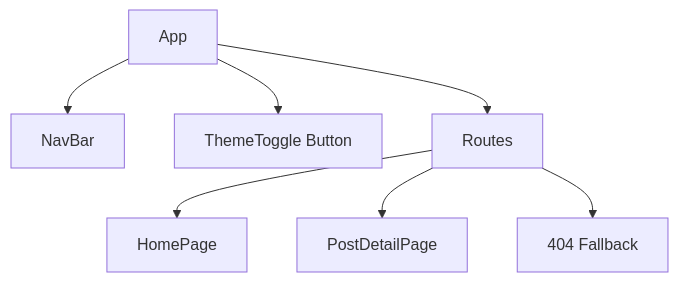
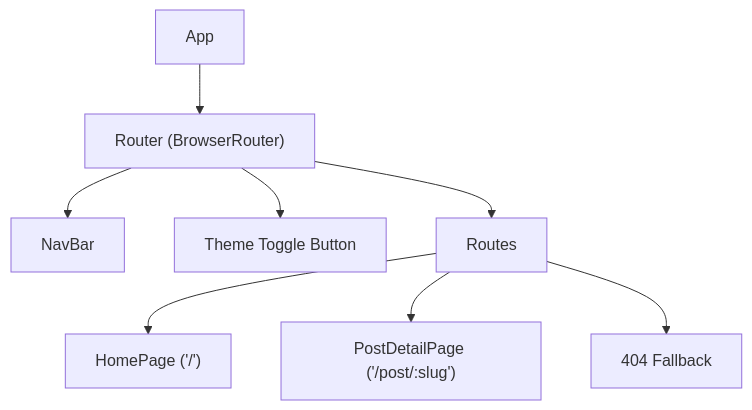
Before and after one commit to kavia-common/fashion-trends-blog-5800-5809: the diagram in frontend_react_blog/docs/component_architecture.md, drawn with Mermaid. The commit also changed other lines of this file and 4 other files, not shown here.

````diff
--- a/frontend_react_blog/docs/component_architecture.md
+++ b/frontend_react_blog/docs/component_architecture.md
@@ -49,10 +58,11 @@
 ```mermaid
 graph TD
-  A["App"]
-  A --> B["NavBar"]
-  A --> C["ThemeToggle Button"]
-  A --> D["Routes"]
-  D --> E["HomePage"]
-  D --> F["PostDetailPage"]
-  D --> G["404 Fallback"]
+  App["App"]
+  App --> Router["Router (BrowserRouter)"]
+  Router --> NavBar["NavBar"]
+  Router --> ThemeToggle["Theme Toggle Button"]
+  Router --> Routes["Routes"]
+  Routes --> HomePage["HomePage ('/')"]
+  Routes --> PostDetailPage["PostDetailPage ('/post/:slug')"]
+  Routes --> NotFound["404 Fallback"]
 ```
````
